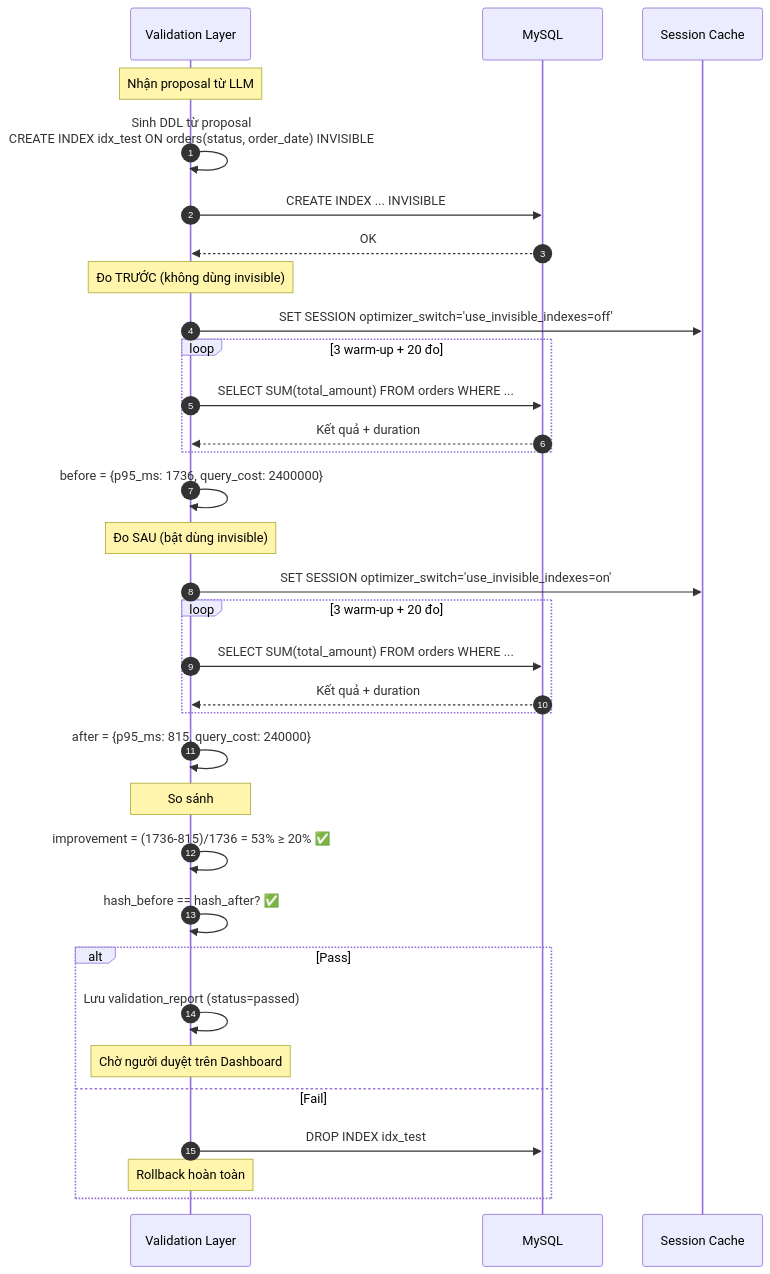
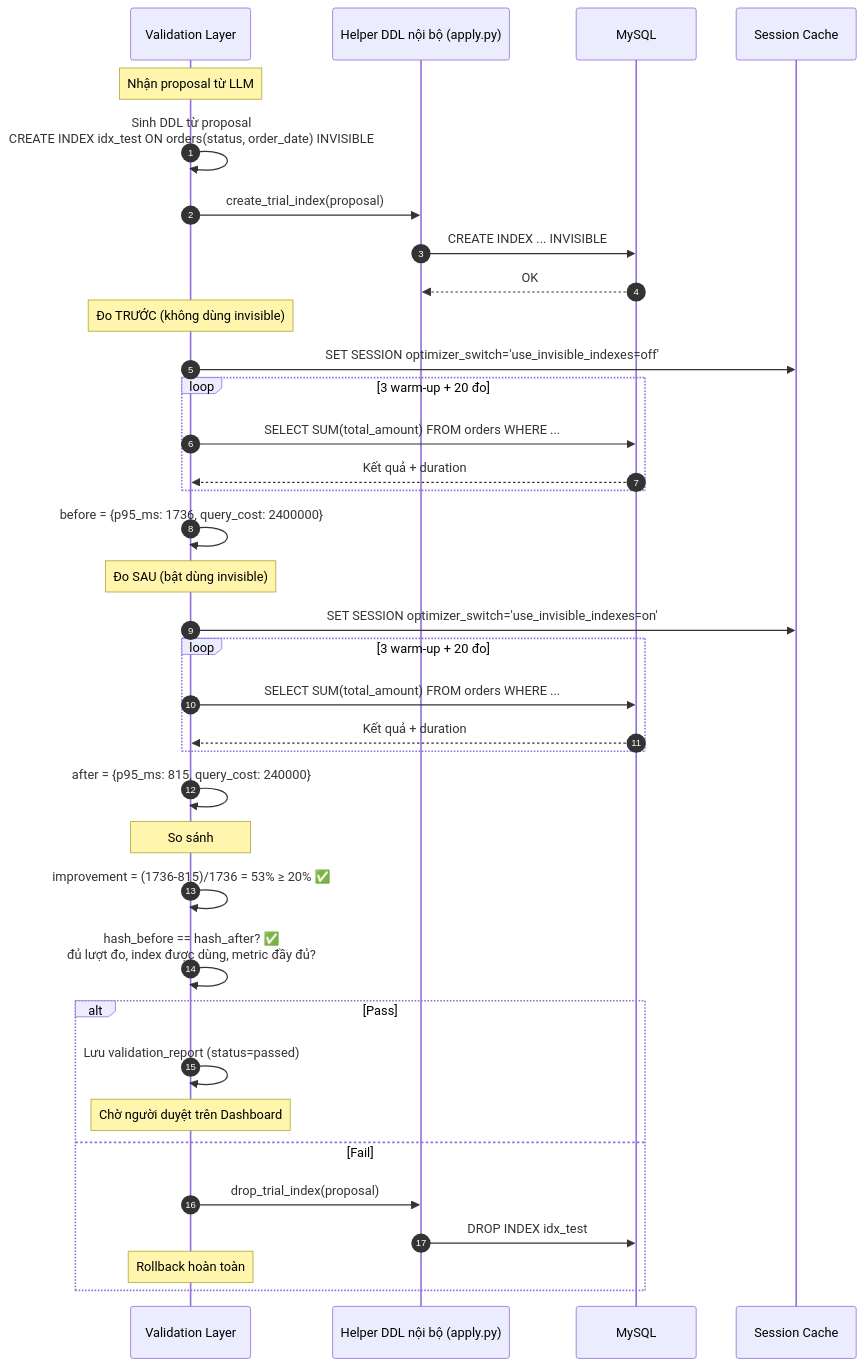
Before and after one commit to lam-vu6868/mcp-slowquery-optimizer: the fifth of 8 diagrams in docs/architecture.md, drawn with Mermaid. The commit also changed other lines of this file and 15 other files, not shown here.

Commit message:
fix: nội dung file architecture và comment lại các file liên quan

````diff
--- a/docs/architecture.md
+++ b/docs/architecture.md
@@ -378,40 +386,43 @@
 ```mermaid
 sequenceDiagram
     autonumber
     participant V as Validation Layer
+    participant IH as Helper DDL nội bộ (apply.py)
     participant DB as MySQL
     participant Cache as Session Cache
 
     Note over V: Nhận proposal từ LLM
     V->>V: Sinh DDL từ proposal<br/>CREATE INDEX idx_test ON orders(status, order_date) INVISIBLE
-    V->>DB: CREATE INDEX ... INVISIBLE
-    DB-->>V: OK
+    V->>IH: create_trial_index(proposal)
+    IH->>DB: CREATE INDEX ... INVISIBLE
+    DB-->>IH: OK
 
     Note over V: Đo TRƯỚC (không dùng invisible)
     V->>Cache: SET SESSION optimizer_switch='use_invisible_indexes=off'
     loop 3 warm-up + 20 đo
         V->>DB: SELECT SUM(total_amount) FROM orders WHERE ...
         DB-->>V: Kết quả + duration
     end
     V->>V: before = {p95_ms: 1736, query_cost: 2400000}
 
     Note over V: Đo SAU (bật dùng invisible)
     V->>Cache: SET SESSION optimizer_switch='use_invisible_indexes=on'
     loop 3 warm-up + 20 đo
         V->>DB: SELECT SUM(total_amount) FROM orders WHERE ...
         DB-->>V: Kết quả + duration
     end
     V->>V: after = {p95_ms: 815, query_cost: 240000}
 
     Note over V: So sánh
     V->>V: improvement = (1736-815)/1736 = 53% ≥ 20% ✅
-    V->>V: hash_before == hash_after? ✅
+    V->>V: hash_before == hash_after? ✅<br/>đủ lượt đo, index được dùng, metric đầy đủ?
 
     alt Pass
         V->>V: Lưu validation_report (status=passed)
         Note over V: Chờ người duyệt trên Dashboard
     else Fail
-        V->>DB: DROP INDEX idx_test
+        V->>IH: drop_trial_index(proposal)
+        IH->>DB: DROP INDEX idx_test
         Note over V: Rollback hoàn toàn
     end
 ```
````
